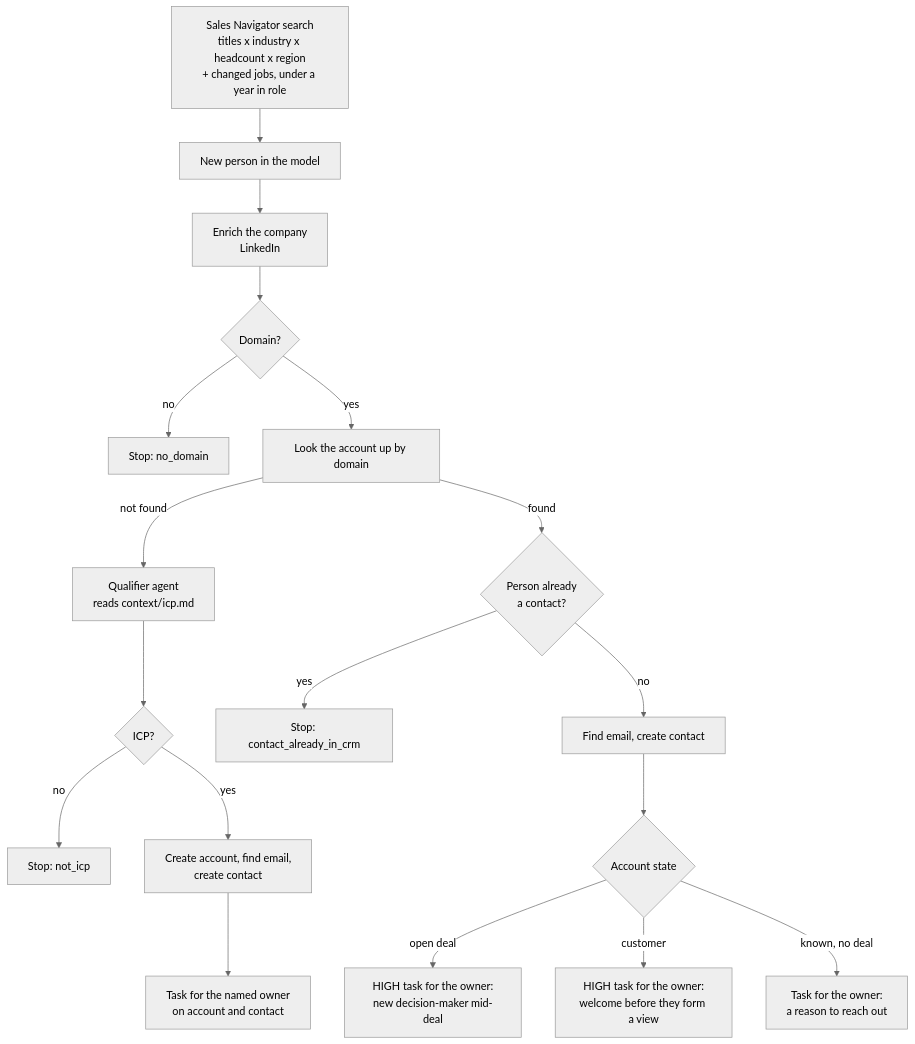
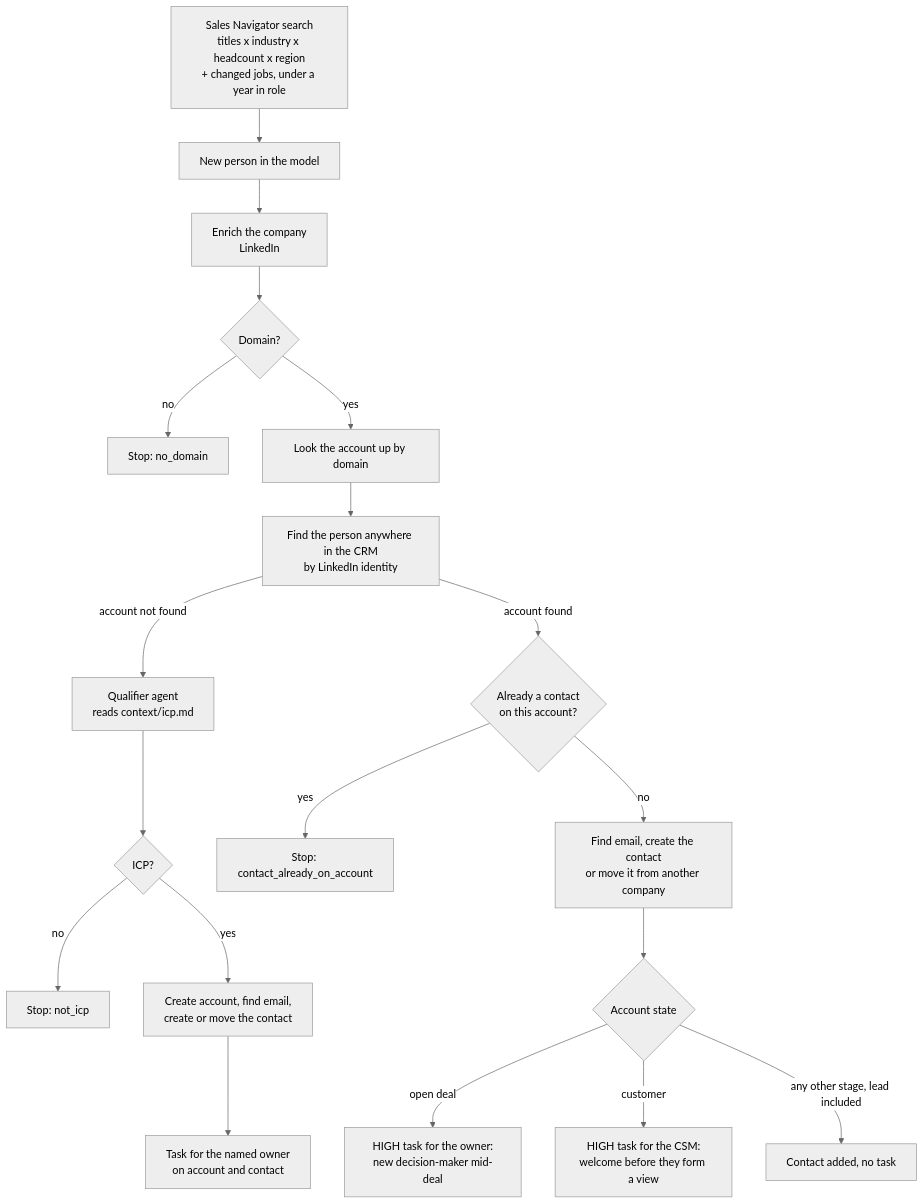
One commit to getcargohq/gtm-skills changed the diagram in new-hire-detection/README.md. Above: the diagram before and after it, drawn with Mermaid (neutral theme). The commit also changed other lines of this file and 9 other files, not shown here.

First line of the commit message:
new-hire-detection: known accounts get the contact only, one contact per person, CSM on customers

````diff
--- a/new-hire-detection/README.md
+++ b/new-hire-detection/README.md
@@ -7,20 +7,21 @@
 ```mermaid
 flowchart TD
-  search["Sales Navigator search<br/>titles x industry x headcount x region<br/>+ changed jobs, under a year in role"] --> person["New person in the model"]
-  person --> enrich["Enrich the company<br/>LinkedIn"]
+  search["Sales Navigator search<br/>titles x industry x headcount x region<br/>+ changed jobs, under a year in role"] --> added["New person in the model"]
+  added --> enrich["Enrich the company<br/>LinkedIn"]
   enrich --> domain{"Domain?"}
   domain -->|no| stop1["Stop: no_domain"]
   domain -->|yes| lookup["Look the account up by domain"]
-  lookup -->|not found| qualify["Qualifier agent<br/>reads context/icp.md"]
+  lookup --> who["Find the person anywhere in the CRM<br/>by LinkedIn identity"]
+  who -->|account not found| qualify["Qualifier agent<br/>reads context/icp.md"]
   qualify --> gate{"ICP?"}
   gate -->|no| stop2["Stop: not_icp"]
-  gate -->|yes| create["Create account, find email,<br/>create contact"]
+  gate -->|yes| create["Create account, find email,<br/>create or move the contact"]
   create --> task1["Task for the named owner<br/>on account and contact"]
-  lookup -->|found| known{"Person already<br/>a contact?"}
-  known -->|yes| stop3["Stop: contact_already_in_crm"]
-  known -->|no| contact["Find email, create contact"]
+  who -->|account found| here{"Already a contact<br/>on this account?"}
+  here -->|yes| stop3["Stop: contact_already_on_account"]
+  here -->|no| contact["Find email, create the contact<br/>or move it from another company"]
   contact --> stage{"Account state"}
   stage -->|open deal| task2["HIGH task for the owner:<br/>new decision-maker mid-deal"]
-  stage -->|customer| task3["HIGH task for the owner:<br/>welcome before they form a view"]
-  stage -->|known, no deal| task4["Task for the owner:<br/>a reason to reach out"]
+  stage -->|customer| task3["HIGH task for the CSM:<br/>welcome before they form a view"]
+  stage -->|any other stage, lead included| done4["Contact added, no task"]
 ```
````
